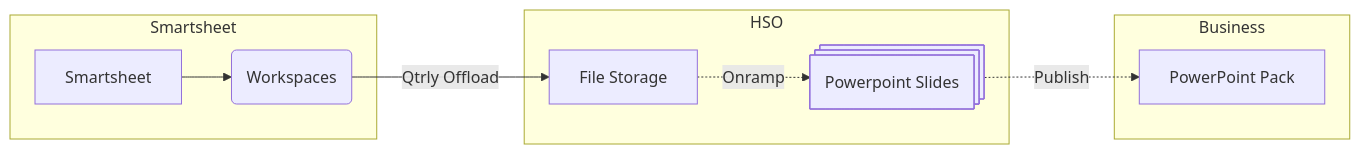
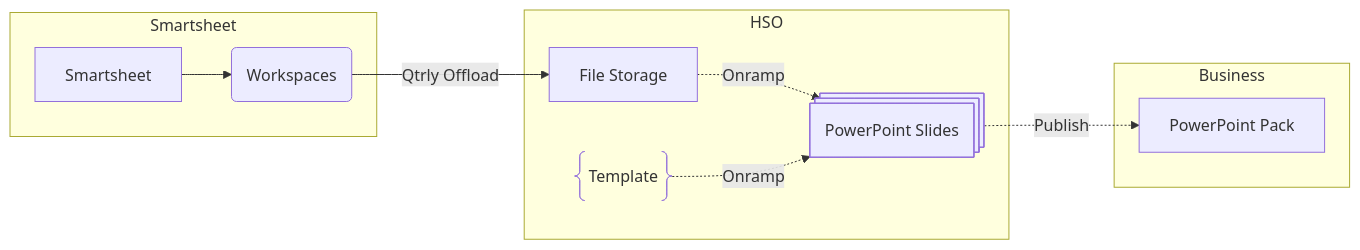
Before and after one commit to deonpollard/HSO: the third of 3 diagrams in README.md, drawn with Mermaid. The commit also changed other lines of this file, not shown here.

````diff
--- a/README.md
+++ b/README.md
@@ -239,13 +223,14 @@
 ```mermaid
 flowchart LR
     subgraph Smartsheet
     A[Smartsheet] --> B(Workspaces)
     end
     B --> |Qtrly Offload| D[File Storage]
     subgraph HSO
     D -.-> |Onramp| E@{ shape: processes, label: "Powerpoint Slides" }
+    F@{ shape: braces, label: "Template" } -.-> |Onramp| E@{ shape: processes, label: "PowerPoint Slides" }
     end
     subgraph Business
-    E -.-> |Publish| F[PowerPoint Pack]
+    E -.-> |Publish| G[PowerPoint Pack]
     end
 ```
````
